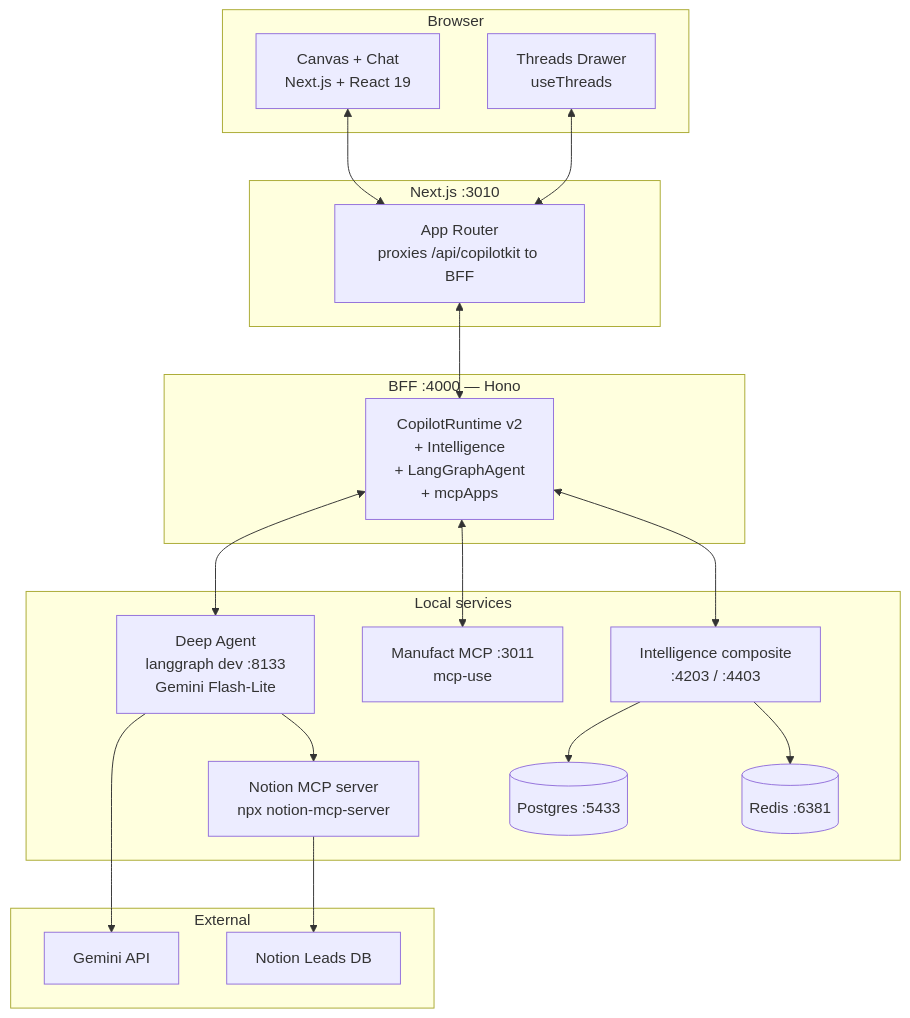
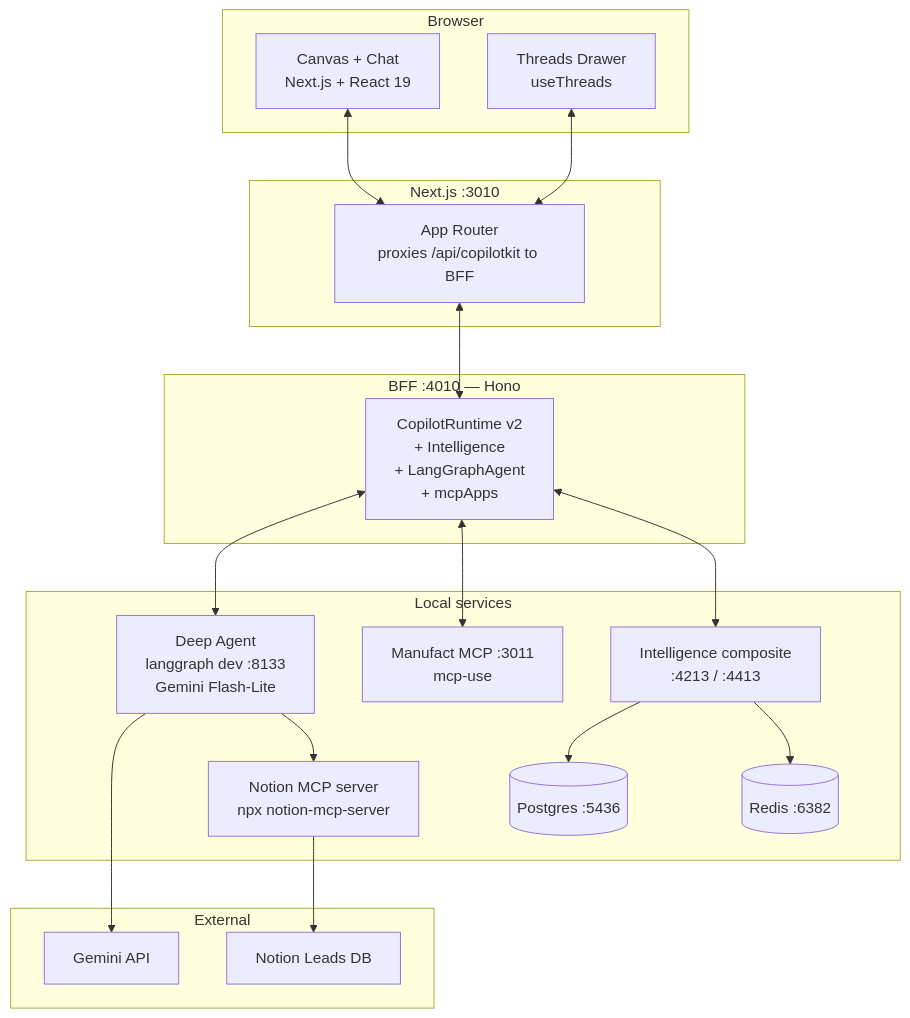
Before and after one commit to xenagarage/Generative-UI-Global-Hackathon-Starter-Kit: the first of 2 diagrams in dev-docs/architecture.md, drawn with Mermaid. The commit also changed other lines of this file and 6 other files, not shown here.

````diff
--- a/dev-docs/architecture.md
+++ b/dev-docs/architecture.md
@@ -3,41 +3,41 @@
 ```mermaid
 graph TB
     subgraph Browser
         UI["Canvas + Chat<br/>Next.js + React 19"]
         Drawer["Threads Drawer<br/>useThreads"]
     end
 
     subgraph Frontend["Next.js :3010"]
         Next["App Router<br/>proxies /api/copilotkit to BFF"]
     end
 
-    subgraph BFFLayer["BFF :4000 — Hono"]
+    subgraph BFFLayer["BFF :4010 — Hono"]
         Runtime["CopilotRuntime v2<br/>+ Intelligence<br/>+ LangGraphAgent<br/>+ mcpApps"]
     end
 
     subgraph LocalServices["Local services"]
         Agent["Deep Agent<br/>langgraph dev :8133<br/>Gemini Flash-Lite"]
         MCP["Manufact MCP :3011<br/>mcp-use"]
         NotionMCP["Notion MCP server<br/>npx notion-mcp-server"]
-        Intel["Intelligence composite<br/>:4203 / :4403"]
-        DB[("Postgres :5433")]
-        Cache[("Redis :6381")]
+        Intel["Intelligence composite<br/>:4213 / :4413"]
+        DB[("Postgres :5436")]
+        Cache[("Redis :6382")]
     end
 
     subgraph External
         Notion["Notion Leads DB"]
         Gemini["Gemini API"]
     end
 
     UI <--> Next
     Drawer <--> Next
     Next <--> Runtime
     Runtime <--> Agent
     Runtime <--> MCP
     Runtime <--> Intel
     Intel --> DB
     Intel --> Cache
     Agent --> Gemini
     Agent --> NotionMCP
     NotionMCP --> Notion
 ```
````
